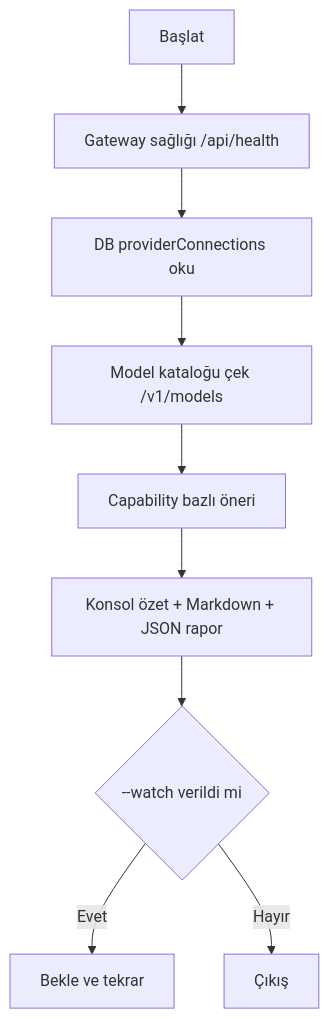
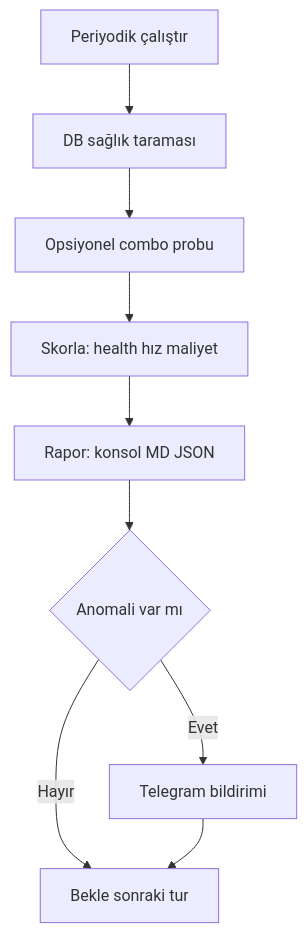
Before and after one commit to yassuacohen-hub/AI-proje-v1: the diagram in plans/9r05_adim1_monitor_plan.md, drawn with Mermaid. The commit also changed other lines of this file and 42 other files, not shown here.

````diff
--- a/plans/9r05_adim1_monitor_plan.md
+++ b/plans/9r05_adim1_monitor_plan.md
@@ -34,11 +21,11 @@
 ```mermaid
 flowchart TD
-    A[Başlat] --> B[Gateway sağlığı /api/health]
-    B --> C[DB providerConnections oku]
-    C --> D[Model kataloğu çek /v1/models]
-    D --> E[Capability bazlı öneri]
-    E --> F[Konsol özet + Markdown + JSON rapor]
-    F --> G{--watch verildi mi}
-    G -- Evet --> H[Bekle ve tekrar]
-    G -- Hayır --> I[Çıkış]
+    A[Periyodik çalıştır] --> B[DB sağlık taraması]
+    B --> C[Opsiyonel combo probu]
+    C --> D[Skorla: health hız maliyet]
+    D --> E[Rapor: konsol MD JSON]
+    E --> F{Anomali var mı}
+    F -- Evet --> G[Telegram bildirimi]
+    F -- Hayır --> H[Bekle sonraki tur]
+    G --> H
 ```
````
